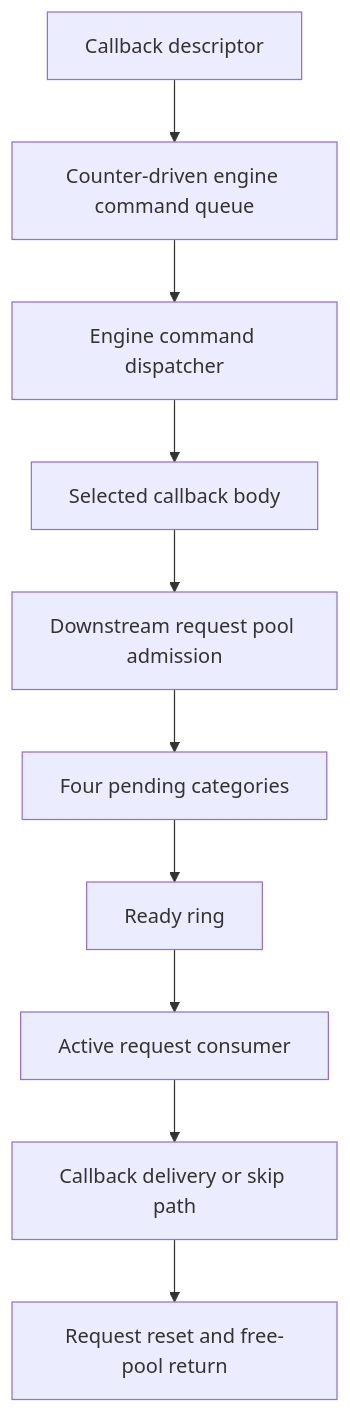
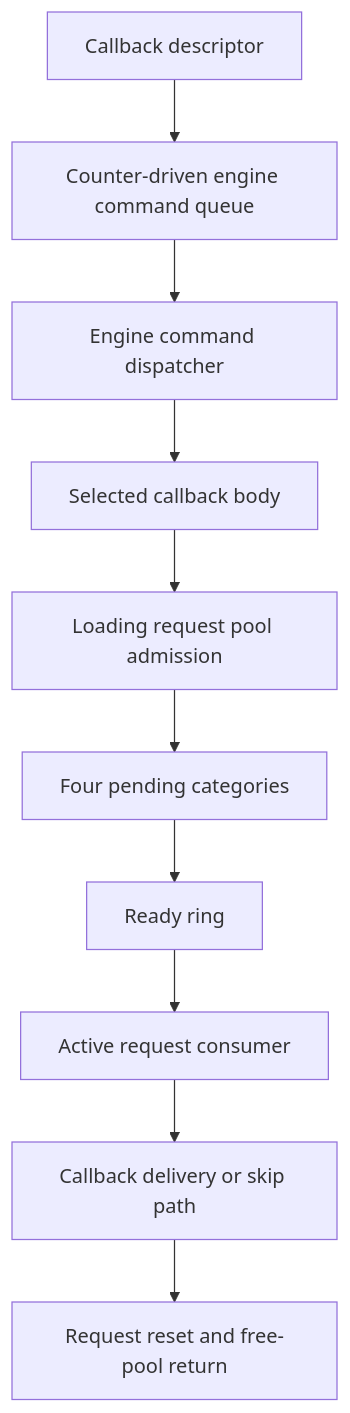
Before and after one commit to Sean-Shmulevich/steep-gameplay-research: the diagram in docs/reconstruction/REQUEST_COMMAND_LIFECYCLE.md, drawn with Mermaid. The commit also changed other lines of this file and 3 other files, not shown here.

Commit message:
Qualify loading request owner and thread execution route

````diff
--- a/docs/reconstruction/REQUEST_COMMAND_LIFECYCLE.md
+++ b/docs/reconstruction/REQUEST_COMMAND_LIFECYCLE.md
@@ -12,12 +13,12 @@
 ```mermaid
 flowchart TD
     A[Callback descriptor] --> B[Counter-driven engine command queue]
     B --> C[Engine command dispatcher]
     C --> D[Selected callback body]
-    D --> E[Downstream request pool admission]
+    D --> E[Loading request pool admission]
     E --> F[Four pending categories]
     F --> G[Ready ring]
     G --> H[Active request consumer]
     H --> I[Callback delivery or skip path]
     I --> J[Request reset and free-pool return]
 ```
````
